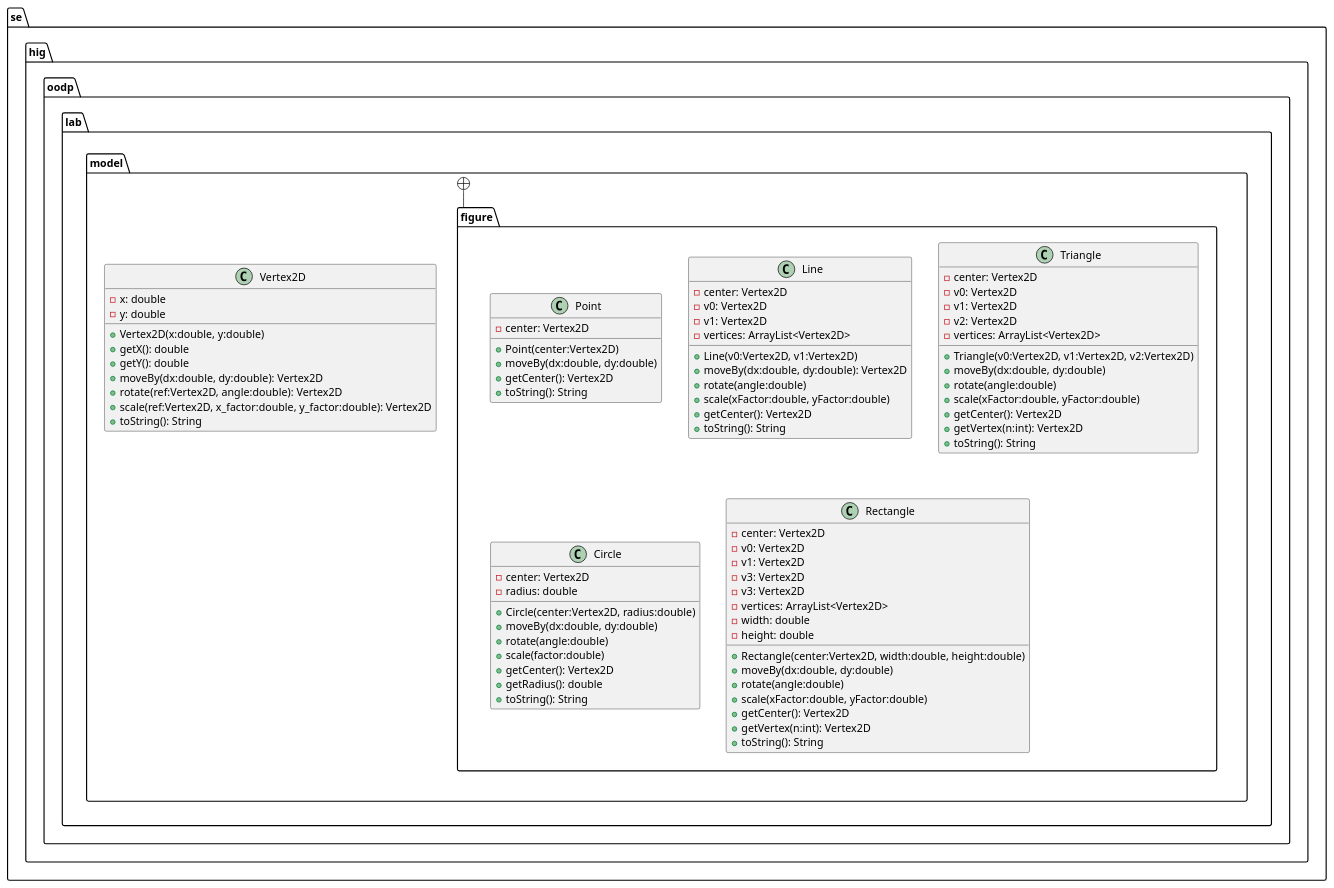
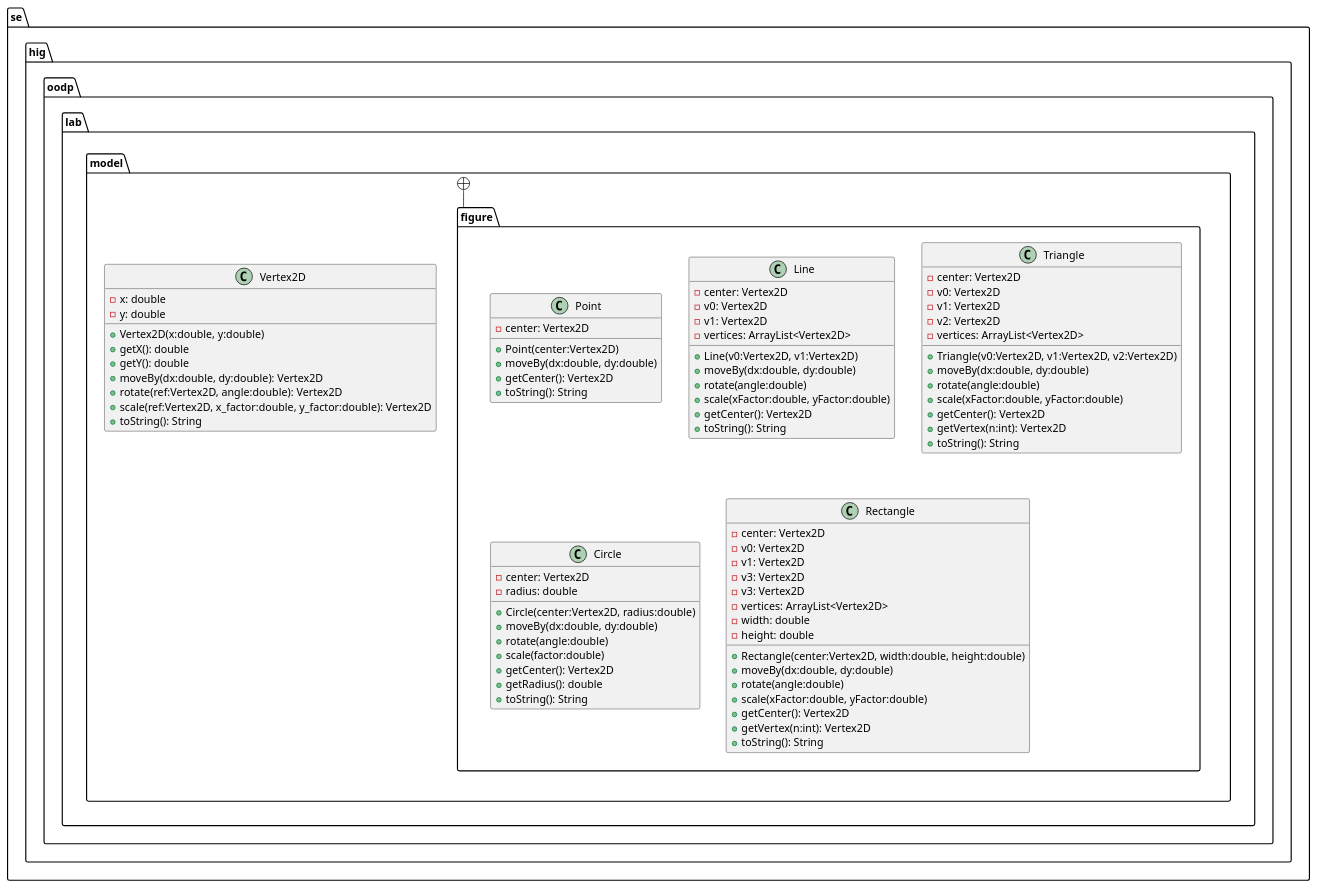
The diagram in diagram/uppgift1.puml (jonasjberg/DVG303_lab2), drawn with PlantUML before and after one commit. The commit also changed 5 other files, not shown here.

```diff
--- a/diagram/uppgift1.puml
+++ b/diagram/uppgift1.puml
@@ -1,111 +1,111 @@
 @startuml
 ' ____________________________________________________________________________
 ' ____ CONFIGURATION OPTIONS __________________________________________________
 
 skinparam packageStyle folder
 
 ' don't use characters to indicate visibility
 ' skinparam classAttributeIconsize 0
 
 
 ' ____________________________________________________________________________
 ' ____ CLASS DEFINITIONS ______________________________________________________
 package se.hig.oodp.lab.model {
     class Vertex2D {
         -x: double
         -y: double
         +Vertex2D(x:double, y:double)
         +getX(): double
         +getY(): double
         +moveBy(dx:double, dy:double): Vertex2D
         +rotate(ref:Vertex2D, angle:double): Vertex2D
         +scale(ref:Vertex2D, x_factor:double, y_factor:double): Vertex2D
         +toString(): String
     }
 }
 
 package se.hig.oodp.lab.model.figure {
     class Point {
         -center: Vertex2D
         +Point(center:Vertex2D)
         +moveBy(dx:double, dy:double)
         +getCenter(): Vertex2D
         +toString(): String
     }
 
     class Line {
         -center: Vertex2D
         -v0: Vertex2D
         -v1: Vertex2D
         -vertices: ArrayList<Vertex2D>
         +Line(v0:Vertex2D, v1:Vertex2D)
-        +moveBy(dx:double, dy:double): Vertex2D
+        +moveBy(dx:double, dy:double)
         +rotate(angle:double)
         +scale(xFactor:double, yFactor:double)
         +getCenter(): Vertex2D
         +toString(): String
     }
 
     class Triangle {
         -center: Vertex2D
         -v0: Vertex2D
         -v1: Vertex2D
         -v2: Vertex2D
         -vertices: ArrayList<Vertex2D>
 
         +Triangle(v0:Vertex2D, v1:Vertex2D, v2:Vertex2D)
         +moveBy(dx:double, dy:double)
         +rotate(angle:double)
         +scale(xFactor:double, yFactor:double)
         +getCenter(): Vertex2D
         +getVertex(n:int): Vertex2D
         +toString(): String
     }
 
     class Circle {
         -center: Vertex2D
         -radius: double
 
         +Circle(center:Vertex2D, radius:double)
         +moveBy(dx:double, dy:double)
         +rotate(angle:double)
         +scale(factor:double)
         +getCenter(): Vertex2D
         +getRadius(): double
         +toString(): String
     }
 
     class Rectangle {
         -center: Vertex2D
         -v0: Vertex2D
         -v1: Vertex2D
         -v3: Vertex2D
         -v3: Vertex2D
         -vertices: ArrayList<Vertex2D>
         -width: double
         -height: double
 
         +Rectangle(center:Vertex2D, width:double, height:double)
         +moveBy(dx:double, dy:double)
         +rotate(angle:double)
         +scale(xFactor:double, yFactor:double)
         +getCenter(): Vertex2D
         +getVertex(n:int): Vertex2D
         +toString(): String
     }
 }
 
 
 ' ____________________________________________________________________________
 ' ____ PACKAGE HIERARCHY _____________________________________________________
 se.hig.oodp.lab.model +-- se.hig.oodp.lab.model.figure
 
 
 ' ____________________________________________________________________________
 ' ____ RELATIONS BETWEEN CLASSES _____________________________________________
 
 
 
 
 
 @enduml
```
